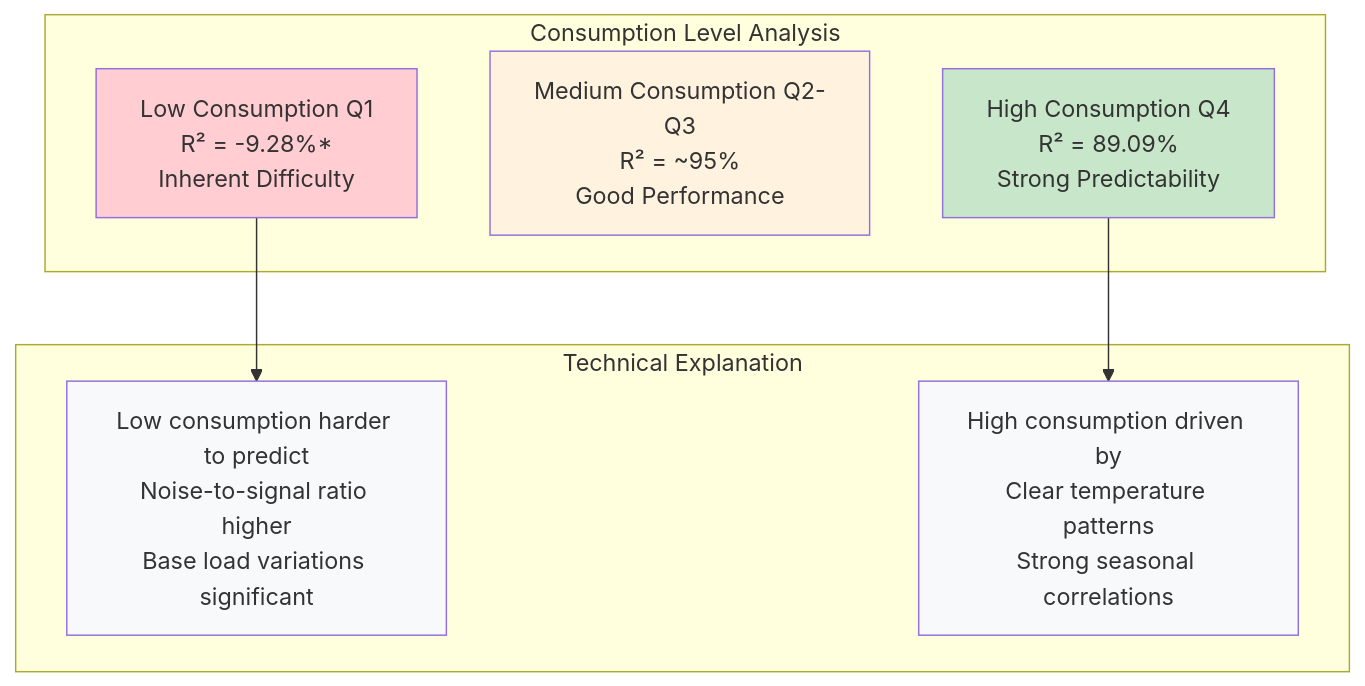
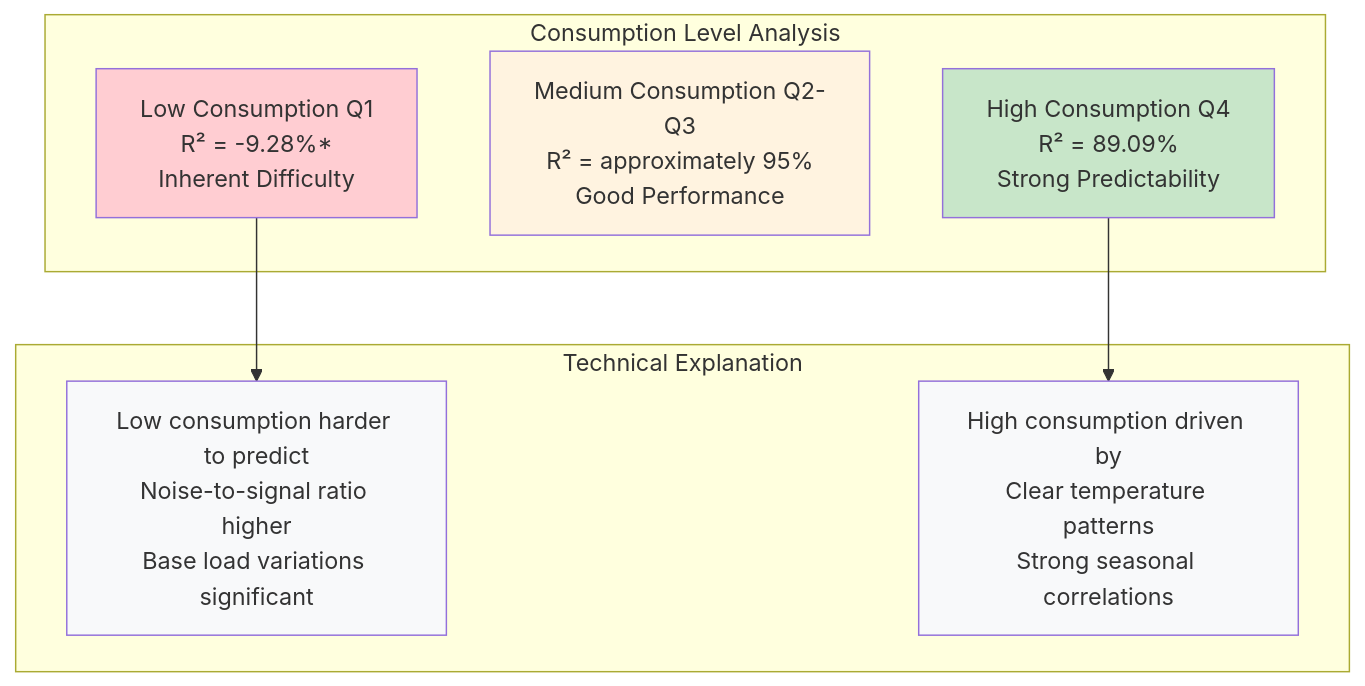
Diagram 16 of 17 in README.md (GameHelix/centipede), drawn with Mermaid before and after one commit. The commit also changed other lines of this file, not shown here.

````diff
--- a/README.md
+++ b/README.md
@@ -1326,22 +1316,22 @@
 ```mermaid
 graph TB
     subgraph "Consumption Level Analysis"
-        A[High Consumption Q4<br/>R² = 89.09%<br/>Strong Predictability]
-        B[Medium Consumption Q2-Q3<br/>R² = ~95%<br/>Good Performance]
-        C[Low Consumption Q1<br/>R² = -9.28%*<br/>Inherent Difficulty]
+        A["High Consumption Q4<br/>R² = 89.09%<br/>Strong Predictability"]
+        B["Medium Consumption Q2-Q3<br/>R² = approximately 95%<br/>Good Performance"]
+        C["Low Consumption Q1<br/>R² = -9.28%*<br/>Inherent Difficulty"]
     end
     
     subgraph "Technical Explanation"
-        D[Low consumption harder to predict<br/>Noise-to-signal ratio higher<br/>Base load variations significant]
-        E[High consumption driven by<br/>Clear temperature patterns<br/>Strong seasonal correlations]
+        D["Low consumption harder to predict<br/>Noise-to-signal ratio higher<br/>Base load variations significant"]
+        E["High consumption driven by<br/>Clear temperature patterns<br/>Strong seasonal correlations"]
     end
     
     A --> E
     C --> D
     
     style A fill:#c8e6c9
     style B fill:#fff3e0
     style C fill:#ffcdd2
     style D fill:#f8f9fa
     style E fill:#f8f9fa
 ```
````
